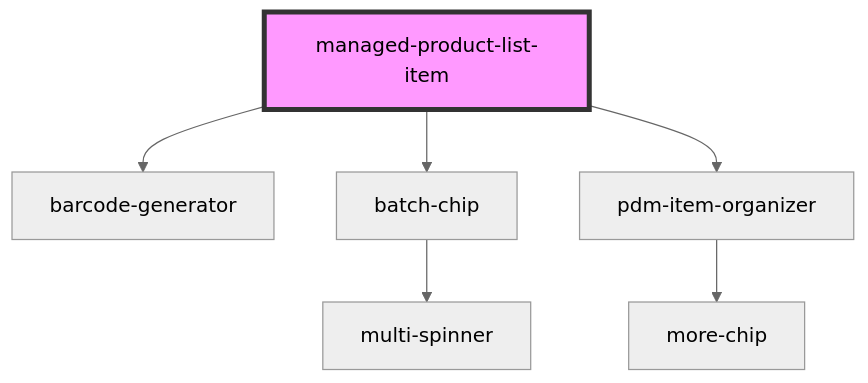
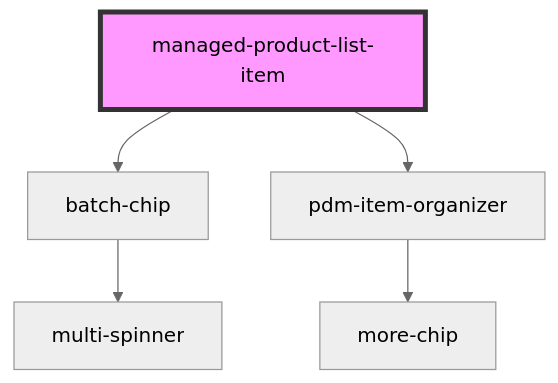
One commit to PharmaLedger-IMI/fgt-workspace changed the diagram in pdm-web-components/src/components/managed-product-list-item/readme.md. Above: the diagram before and after it, drawn with Mermaid (neutral theme). The commit also changed other lines of this file and 55 other files, not shown here.

````diff
--- a/pdm-web-components/src/components/managed-product-list-item/readme.md
+++ b/pdm-web-components/src/components/managed-product-list-item/readme.md
@@ -46,9 +45,8 @@
 ```mermaid
 graph TD;
-  managed-product-list-item --> barcode-generator
   managed-product-list-item --> batch-chip
   managed-product-list-item --> pdm-item-organizer
   batch-chip --> multi-spinner
   pdm-item-organizer --> more-chip
   style managed-product-list-item fill:#f9f,stroke:#333,stroke-width:4px
 ```
````
